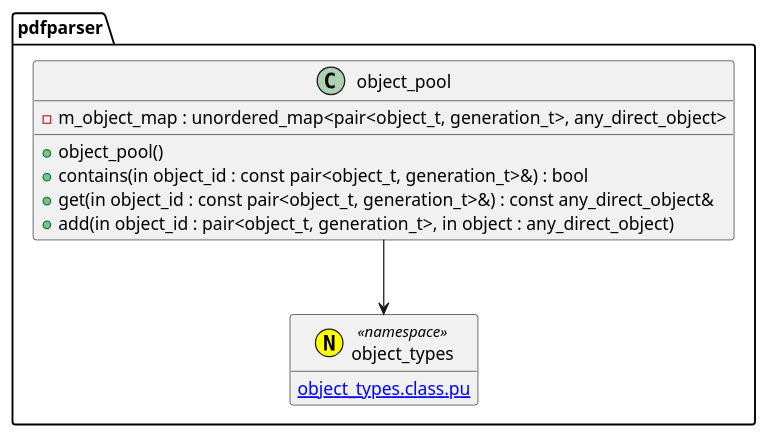
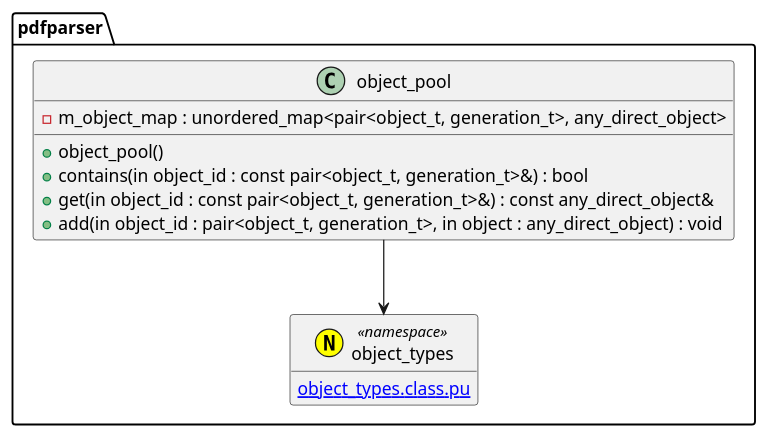
The diagram in document/document_reader/object_pool/object_pool.class.pu (KodaiYM/PDFReader), drawn with PlantUML before and after one commit. The commit also changed 38 other files, not shown here.

```diff
--- a/document/document_reader/object_pool/object_pool.class.pu
+++ b/document/document_reader/object_pool/object_pool.class.pu
@@ -1,18 +1,18 @@
 @startuml object_pool
 hide empty members
 namespace pdfparser {
 class object_pool {
 	-m_object_map : unordered_map<pair<object_t, generation_t>, any_direct_object>
 
 	+object_pool()
 	+contains(in object_id : const pair<object_t, generation_t>&) : bool
 	+get(in object_id : const pair<object_t, generation_t>&) : const any_direct_object&
-	+add(in object_id : pair<object_t, generation_t>, in object : any_direct_object)
+	+add(in object_id : pair<object_t, generation_t>, in object : any_direct_object) : void
 }
 object_pool --> object_types
 
 annotation object_types <<(N, yellow) namespace>> {
 	[[object_types.class.pu]]
 }
 }
 @enduml
```
